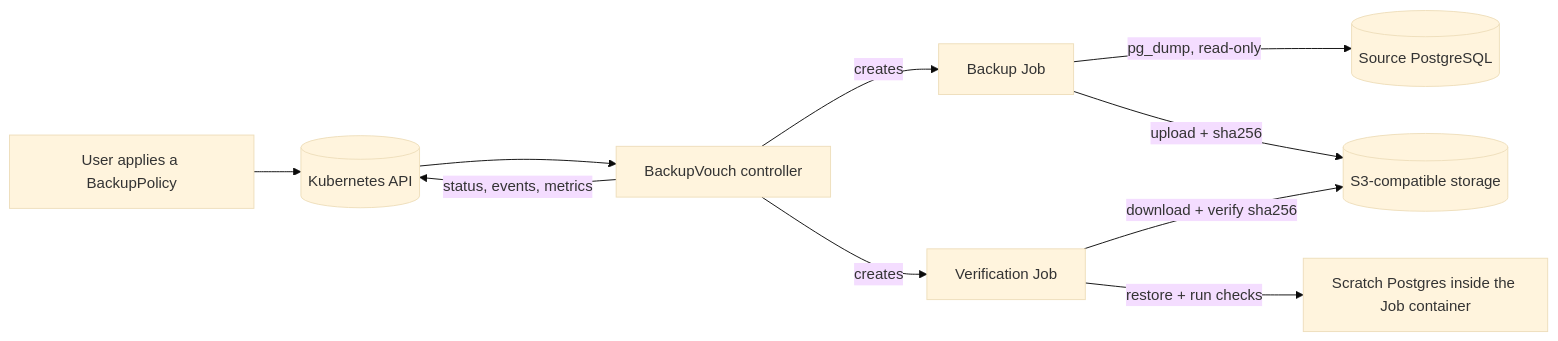
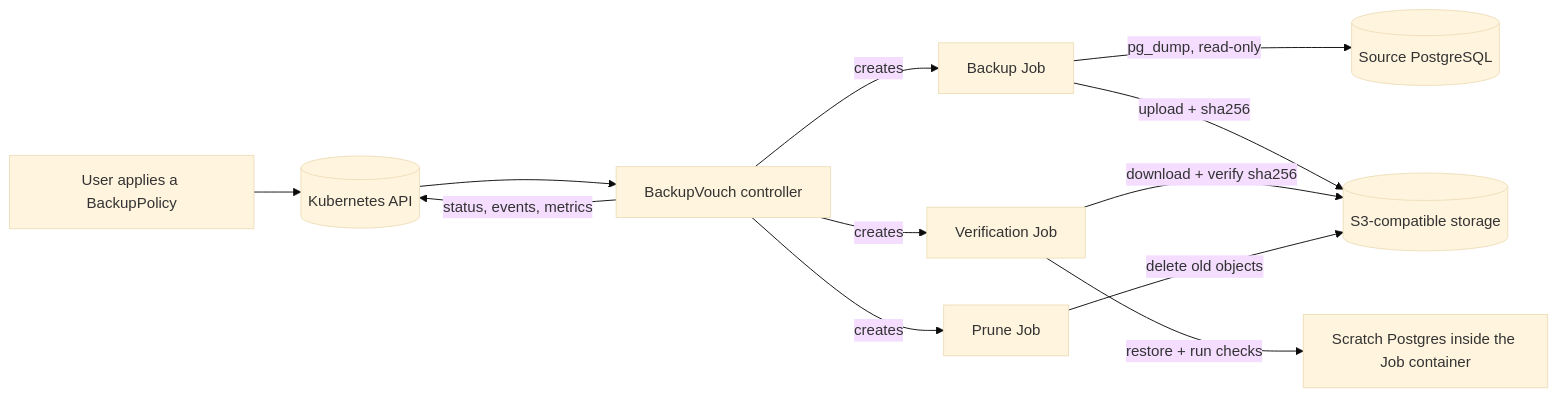
Before and after one commit to souvik-biswas-dev/backupvouch: the first of 3 diagrams in docs/ARCHITECTURE.md, drawn with Mermaid (base theme). The commit also changed other lines of this file and 10 other files, not shown here.

````diff
--- a/docs/ARCHITECTURE.md
+++ b/docs/ARCHITECTURE.md
@@ -5,12 +5,14 @@
 ```mermaid
 flowchart LR
   U[User applies a BackupPolicy] --> API[(Kubernetes API)]
   API --> C[BackupVouch controller]
   C -->|creates| BJ[Backup Job]
   C -->|creates| VJ[Verification Job]
+  C -->|creates| PJ[Prune Job]
   BJ -->|pg_dump, read-only| DB[(Source PostgreSQL)]
   BJ -->|upload + sha256| S3[(S3-compatible storage)]
   VJ -->|download + verify sha256| S3
   VJ -->|restore + run checks| SP[Scratch Postgres inside the Job container]
+  PJ -->|delete old objects| S3
   C -->|status, events, metrics| API
 ```
````
